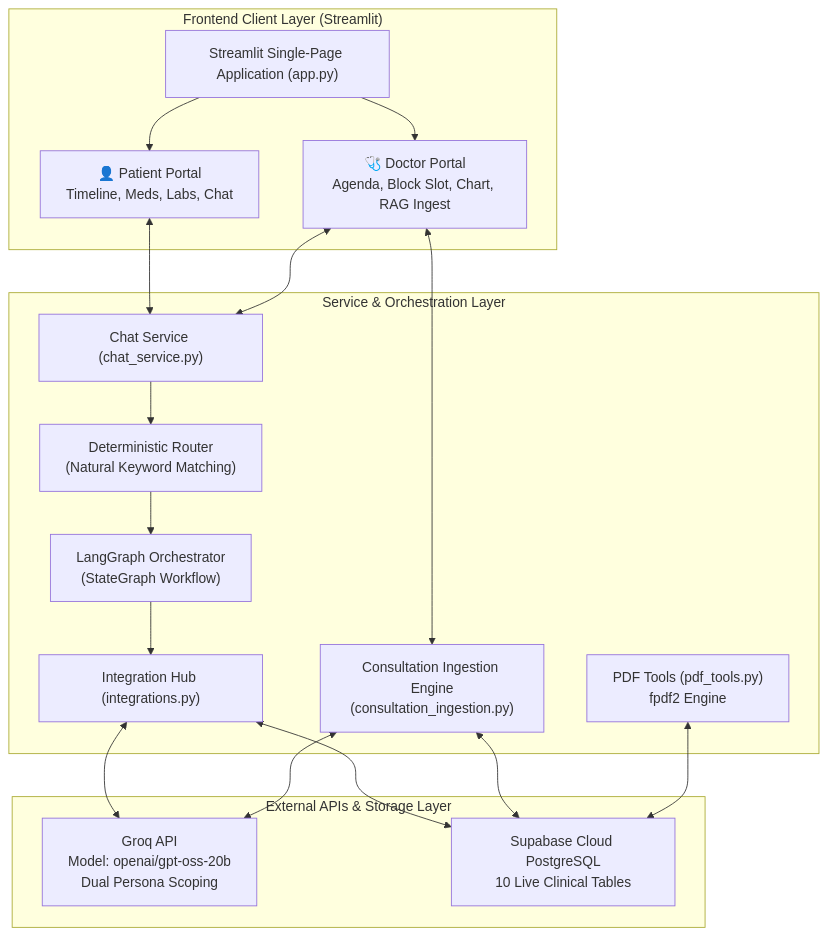
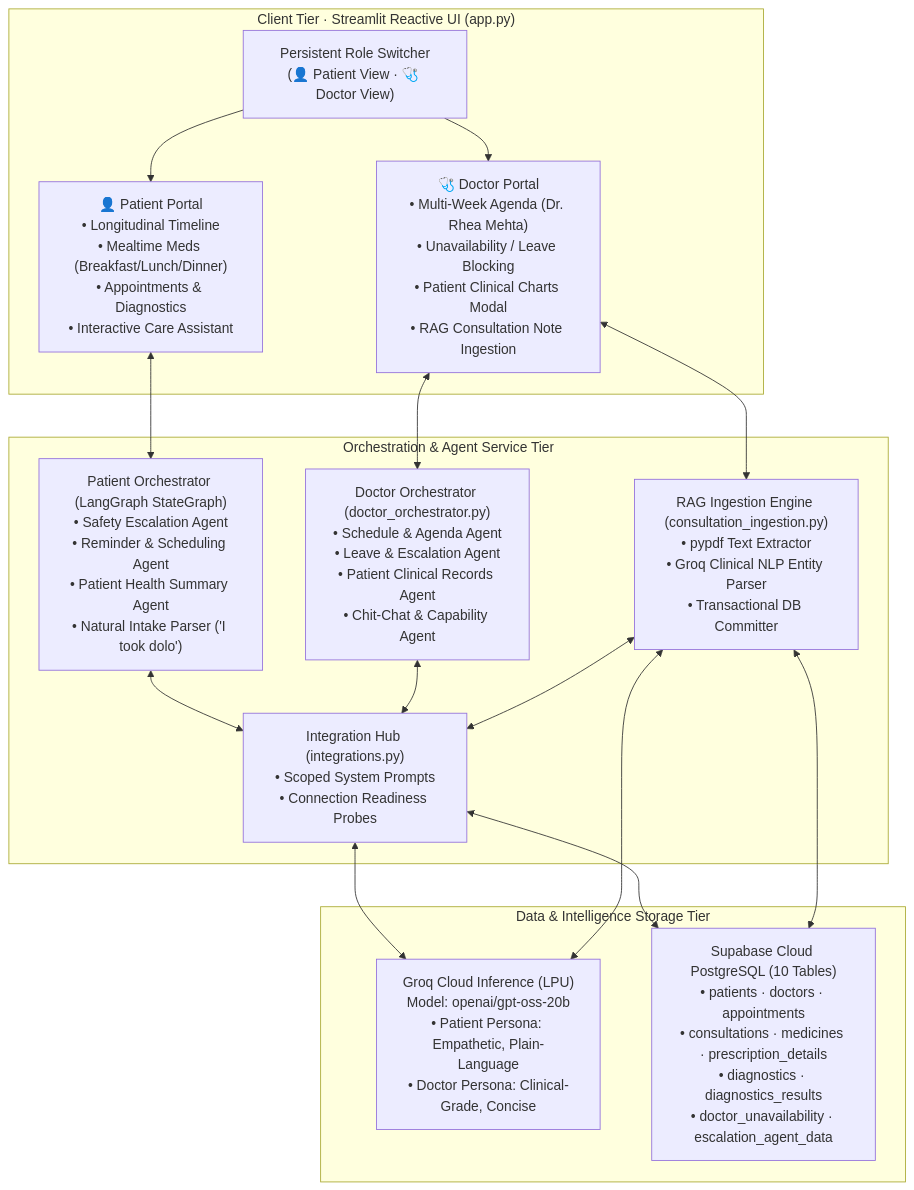
One commit to ervinseq13/VESPH changed the first of 8 diagrams in VESPH_Documentation.md. Above: the diagram before and after it, drawn with Mermaid. The commit also changed other lines of this file and 1 other file, not shown here.

Commit message:
docs: modernize README and VESPH_Documentation with full dual-portal architecture, EC2 deployment guide, and detailed flowcharts

````diff
--- a/VESPH_Documentation.md
+++ b/VESPH_Documentation.md
@@ -123,37 +21,34 @@
 ```mermaid
 flowchart TB
-    subgraph ClientLayer["Frontend Client Layer (Streamlit)"]
-        UI["Streamlit Single-Page Application (app.py)"]
-        PV["👤 Patient Portal<br/>Timeline, Meds, Labs, Chat"]
-        DV["🩺 Doctor Portal<br/>Agenda, Block Slot, Chart, RAG Ingest"]
-        UI --> PV
-        UI --> DV
+    subgraph ClientTier["Client Tier · Streamlit Reactive UI (app.py)"]
+        Nav["Persistent Role Switcher<br/>(👤 Patient View · 🩺 Doctor View)"]
+        PV["👤 Patient Portal<br/>• Longitudinal Timeline<br/>• Mealtime Meds (Breakfast/Lunch/Dinner)<br/>• Appointments & Diagnostics<br/>• Interactive Care Assistant"]
+        DV["🩺 Doctor Portal<br/>• Multi-Week Agenda (Dr. Rhea Mehta)<br/>• Unavailability / Leave Blocking<br/>• Patient Clinical Charts Modal<br/>• RAG Consultation Note Ingestion"]
+        Nav --> PV
+        Nav --> DV
     end
 
-    subgraph ServiceLayer["Service & Orchestration Layer"]
-        Router["Deterministic Router<br/>(Natural Keyword Matching)"]
-        LG["LangGraph Orchestrator<br/>(StateGraph Workflow)"]
-        CS["Chat Service (chat_service.py)"]
-        Hub["Integration Hub (integrations.py)"]
-        PDF["PDF Tools (pdf_tools.py)<br/>fpdf2 Engine"]
-        RAG["Consultation Ingestion Engine<br/>(consultation_ingestion.py)"]
-
-        PV <--> CS
+    subgraph ServiceTier["Orchestration & Agent Service Tier"]
+        PO["Patient Orchestrator (LangGraph StateGraph)<br/>• Safety Escalation Agent<br/>• Reminder & Scheduling Agent<br/>• Patient Health Summary Agent<br/>• Natural Intake Parser ('I took dolo')"]
+        DO["Doctor Orchestrator (doctor_orchestrator.py)<br/>• Schedule & Agenda Agent<br/>• Leave & Escalation Agent<br/>• Patient Clinical Records Agent<br/>• Chit-Chat & Capability Agent"]
+        RAG["RAG Ingestion Engine (consultation_ingestion.py)<br/>• pypdf Text Extractor<br/>• Groq Clinical NLP Entity Parser<br/>• Transactional DB Committer"]
+        Hub["Integration Hub (integrations.py)<br/>• Scoped System Prompts<br/>• Connection Readiness Probes"]
+        
+        PV <--> PO
+        PO <--> Hub
+        DV <--> DO
         DV <--> RAG
-        CS --> Router
-        Router --> LG
-        LG --> Hub
-        DV <--> CS
+        DO <--> Hub
+        RAG <--> Hub
     end
 
-    subgraph ExternalServices["External APIs & Storage Layer"]
-        Groq["Groq API<br/>Model: openai/gpt-oss-20b<br/>Dual Persona Scoping"]
-        Supa["Supabase Cloud PostgreSQL<br/>10 Live Clinical Tables"]
-
+    subgraph DataTier["Data & Intelligence Storage Tier"]
+        Groq["Groq Cloud Inference (LPU)<br/>Model: openai/gpt-oss-20b<br/>• Patient Persona: Empathetic, Plain-Language<br/>• Doctor Persona: Clinical-Grade, Concise"]
+        Supa["Supabase Cloud PostgreSQL (10 Tables)<br/>• patients · doctors · appointments<br/>• consultations · medicines · prescription_details<br/>• diagnostics · diagnostics_results<br/>• doctor_unavailability · escalation_agent_data"]
+        
         Hub <--> Groq
         Hub <--> Supa
+        RAG <--> Groq
         RAG <--> Supa
-        RAG <--> Groq
-        PDF <--> Supa
     end
 ```
````
